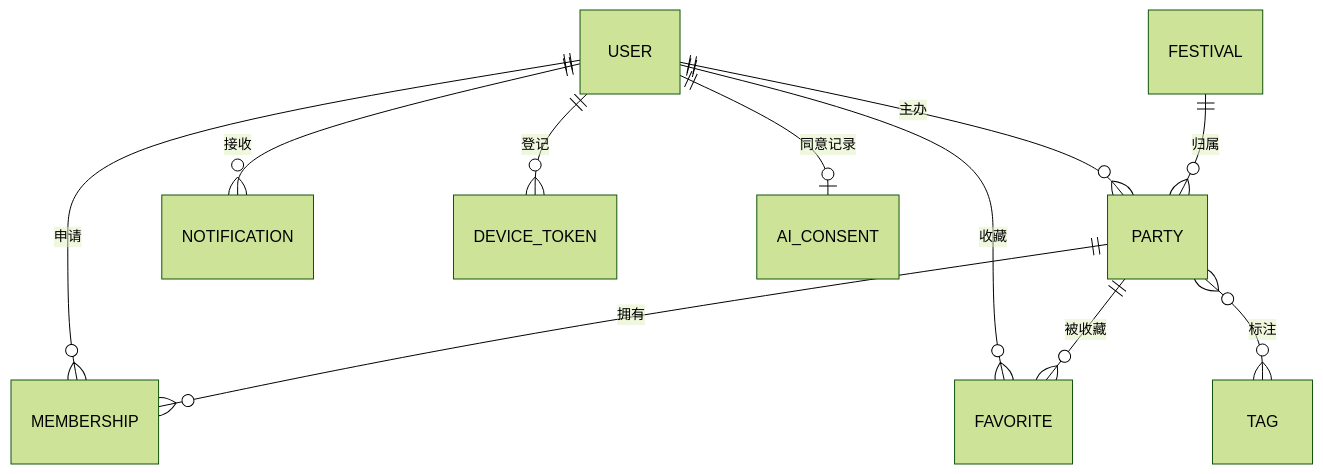
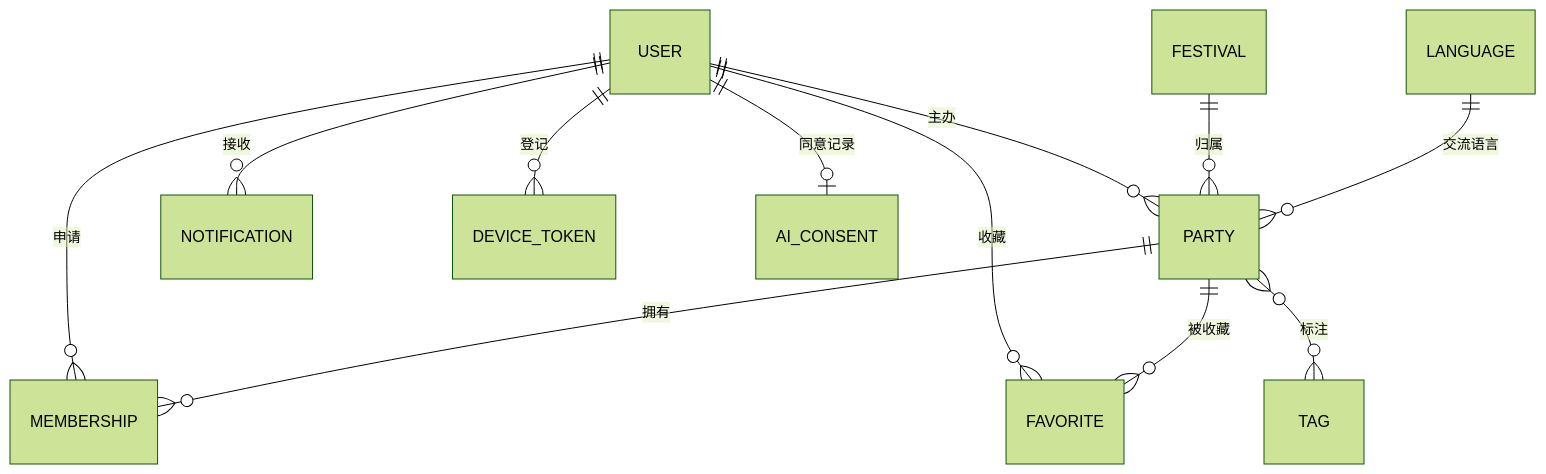
Before and after one commit to Ciri101/FESTIVA: the fourth of 5 diagrams in truth/FESTIVA-工程架构文档.md, drawn with Mermaid (forest theme). The commit also changed other lines of this file and 10 other files, not shown here.

````diff
--- a/truth/FESTIVA-工程架构文档.md
+++ b/truth/FESTIVA-工程架构文档.md
@@ -315,13 +315,14 @@
 ```mermaid
 erDiagram
   USER ||--o{ PARTY : "主办"
   USER ||--o{ MEMBERSHIP : "申请"
   PARTY ||--o{ MEMBERSHIP : "拥有"
   USER ||--o{ FAVORITE : "收藏"
   PARTY ||--o{ FAVORITE : "被收藏"
   USER ||--o{ NOTIFICATION : "接收"
   USER ||--o{ DEVICE_TOKEN : "登记"
   FESTIVAL ||--o{ PARTY : "归属"
+  LANGUAGE ||--o{ PARTY : "交流语言"
   PARTY }o--o{ TAG : "标注"
   USER ||--o| AI_CONSENT : "同意记录"
 ```
````
